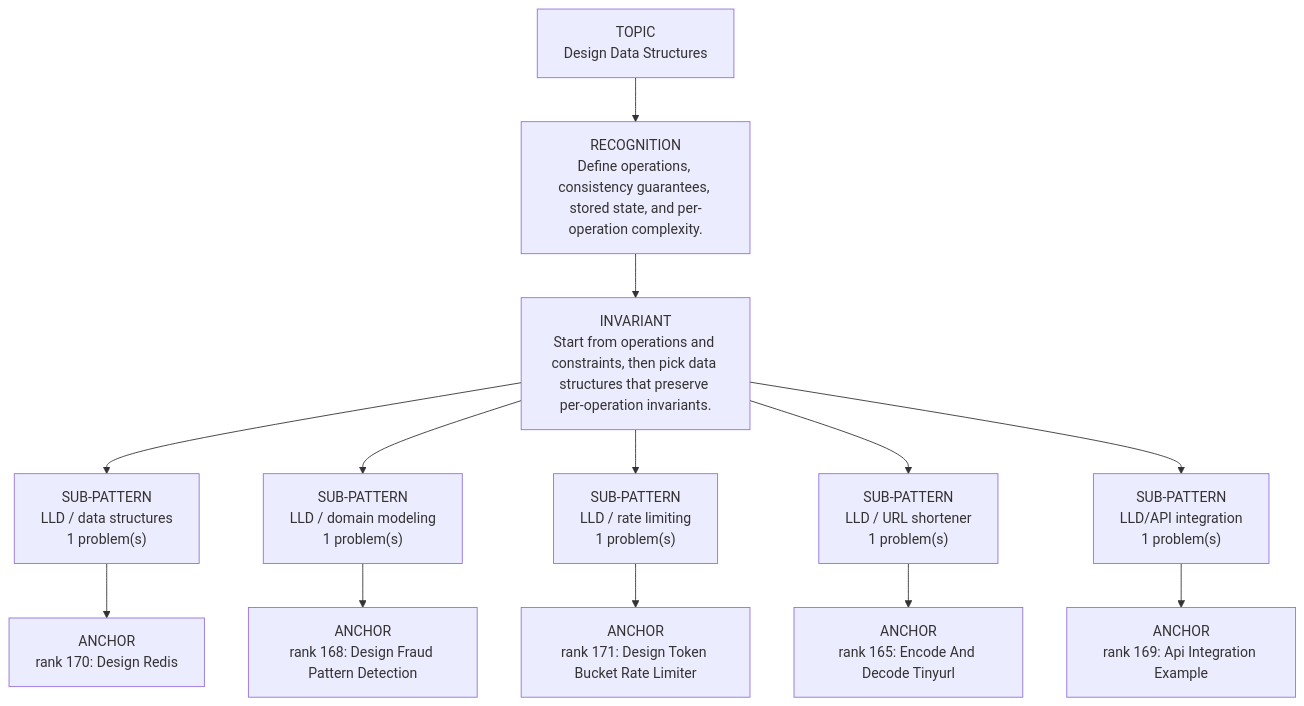
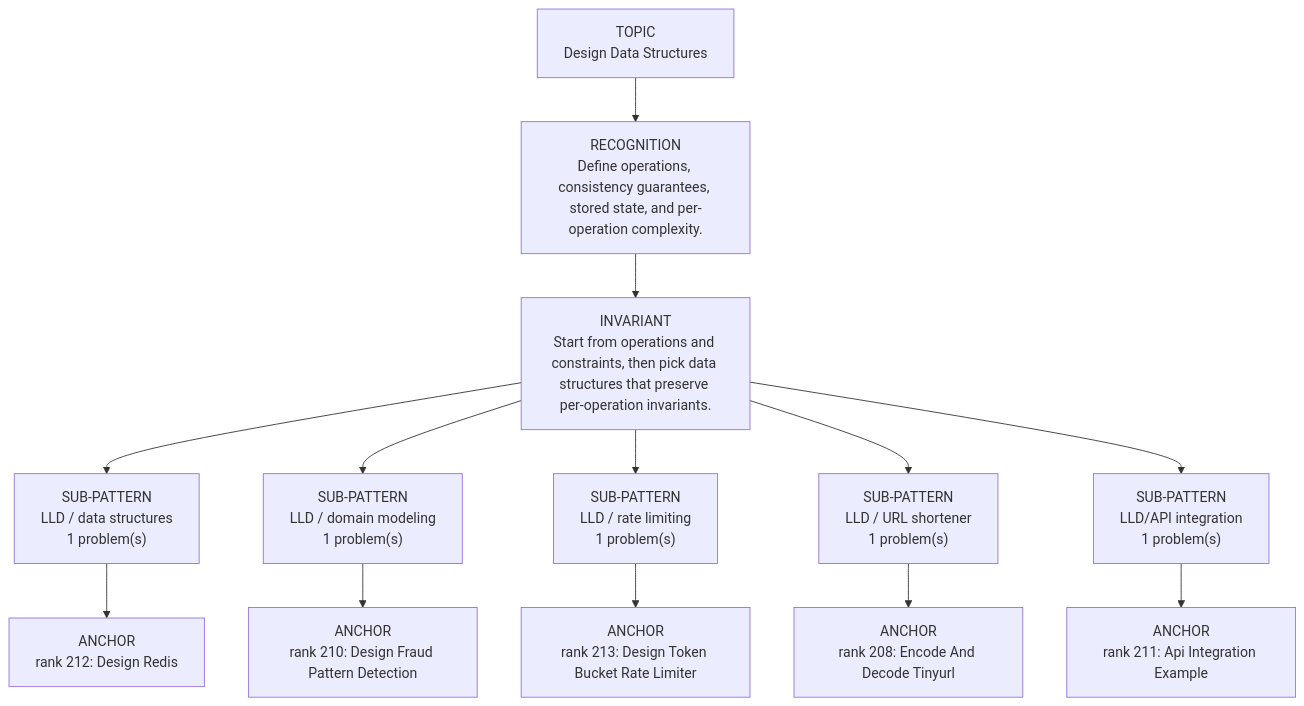
Before and after one commit to thechiranjeevjain/DSA10days: the diagram in dsa-review/interview/patterns/21_design_lld.md, drawn with Mermaid. The commit also changed other lines of this file and 36 other files, not shown here.

````diff
--- a/dsa-review/interview/patterns/21_design_lld.md
+++ b/dsa-review/interview/patterns/21_design_lld.md
@@ -15,17 +15,17 @@
 ```mermaid
 flowchart TD
   Topic["TOPIC<br/>Design Data Structures"]
   Recognition["RECOGNITION<br/>Define operations, consistency guarantees, stored state, and per-operation complexity."]
   Invariant["INVARIANT<br/>Start from operations and constraints, then pick data structures that preserve per-operation invariants."]
   Topic --> Recognition --> Invariant
   Invariant --> Sub01["SUB-PATTERN<br/>LLD / data structures<br/>1 problem(s)"]
-  Sub01 --> Sub01A01["ANCHOR<br/>rank 170: Design Redis"]
+  Sub01 --> Sub01A01["ANCHOR<br/>rank 212: Design Redis"]
   Invariant --> Sub02["SUB-PATTERN<br/>LLD / domain modeling<br/>1 problem(s)"]
-  Sub02 --> Sub02A01["ANCHOR<br/>rank 168: Design Fraud Pattern Detection"]
+  Sub02 --> Sub02A01["ANCHOR<br/>rank 210: Design Fraud Pattern Detection"]
   Invariant --> Sub03["SUB-PATTERN<br/>LLD / rate limiting<br/>1 problem(s)"]
-  Sub03 --> Sub03A01["ANCHOR<br/>rank 171: Design Token Bucket Rate Limiter"]
+  Sub03 --> Sub03A01["ANCHOR<br/>rank 213: Design Token Bucket Rate Limiter"]
   Invariant --> Sub04["SUB-PATTERN<br/>LLD / URL shortener<br/>1 problem(s)"]
-  Sub04 --> Sub04A01["ANCHOR<br/>rank 165: Encode And Decode Tinyurl"]
+  Sub04 --> Sub04A01["ANCHOR<br/>rank 208: Encode And Decode Tinyurl"]
   Invariant --> Sub05["SUB-PATTERN<br/>LLD/API integration<br/>1 problem(s)"]
-  Sub05 --> Sub05A01["ANCHOR<br/>rank 169: Api Integration Example"]
+  Sub05 --> Sub05A01["ANCHOR<br/>rank 211: Api Integration Example"]
 ```
````
